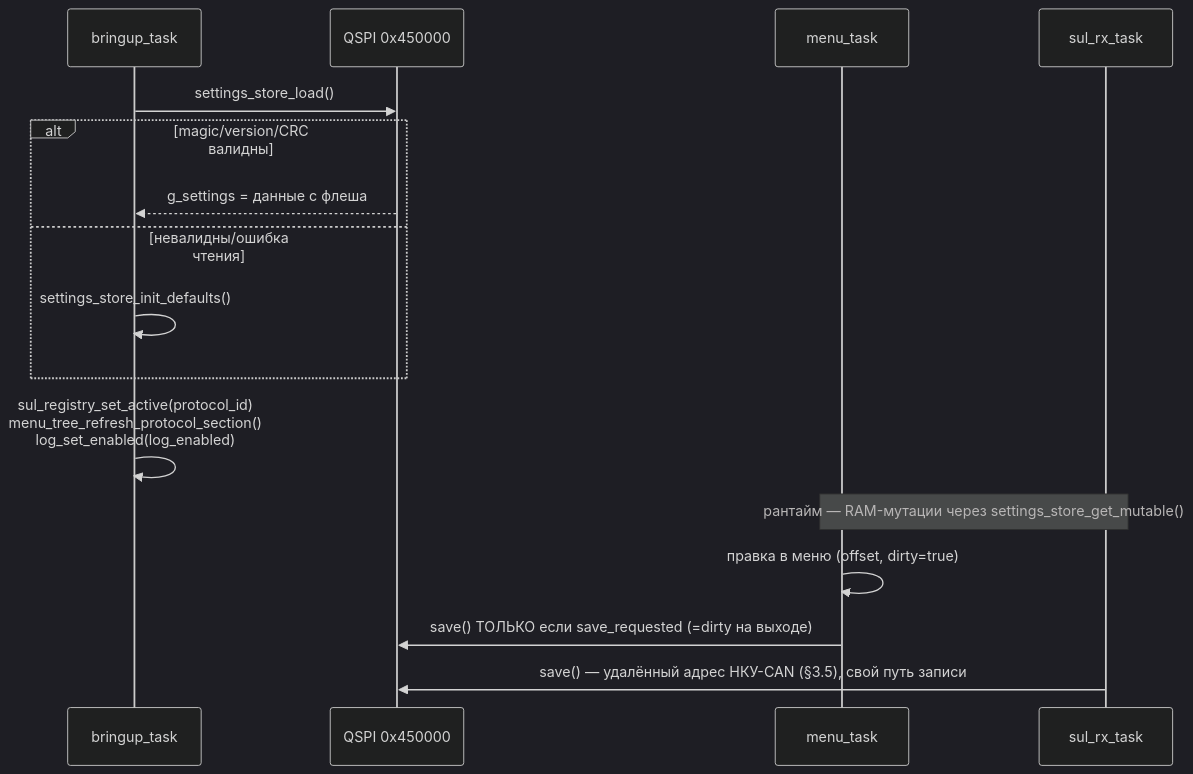
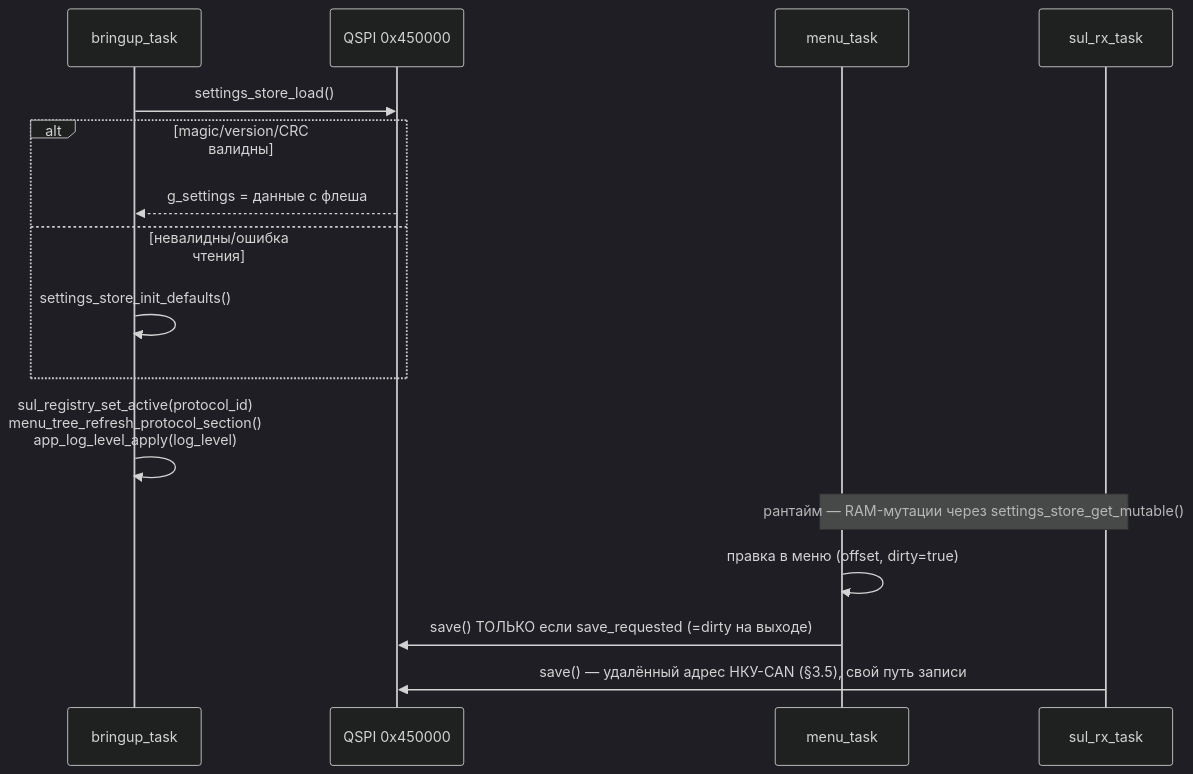
The second of 2 diagrams in docs/tft_app/SETTINGS.md (OSabuser/tft_manufacture_test), drawn with Mermaid (dark theme) before and after one commit. The commit also changed other lines of this file and 42 other files, not shown here.

Commit message:
# log level, reset reason

````diff
--- a/docs/tft_app/SETTINGS.md
+++ b/docs/tft_app/SETTINGS.md
@@ -221,20 +221,20 @@
 ```mermaid
 sequenceDiagram
     participant B as bringup_task
     participant Q as QSPI 0x450000
     participant M as menu_task
     participant S as sul_rx_task
 
     B->>Q: settings_store_load()
     alt magic/version/CRC валидны
         Q-->>B: g_settings = данные с флеша
     else невалидны/ошибка чтения
         B->>B: settings_store_init_defaults()
     end
-    B->>B: sul_registry_set_active(protocol_id)<br/>menu_tree_refresh_protocol_section()<br/>log_set_enabled(log_enabled)
+    B->>B: sul_registry_set_active(protocol_id)<br/>menu_tree_refresh_protocol_section()<br/>app_log_level_apply(log_level)
 
     Note over M,S: рантайм — RAM-мутации через settings_store_get_mutable()
     M->>M: правка в меню (offset, dirty=true)
     M->>Q: save() ТОЛЬКО если save_requested (=dirty на выходе)
     S->>Q: save() — удалённый адрес НКУ-CAN (§3.5), свой путь записи
 ```
````
